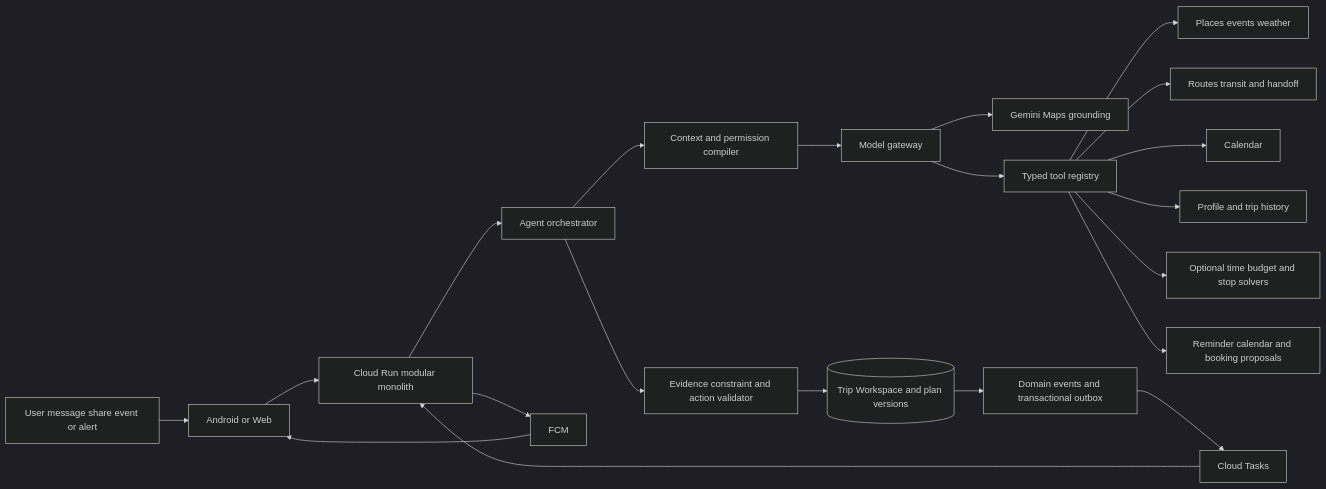
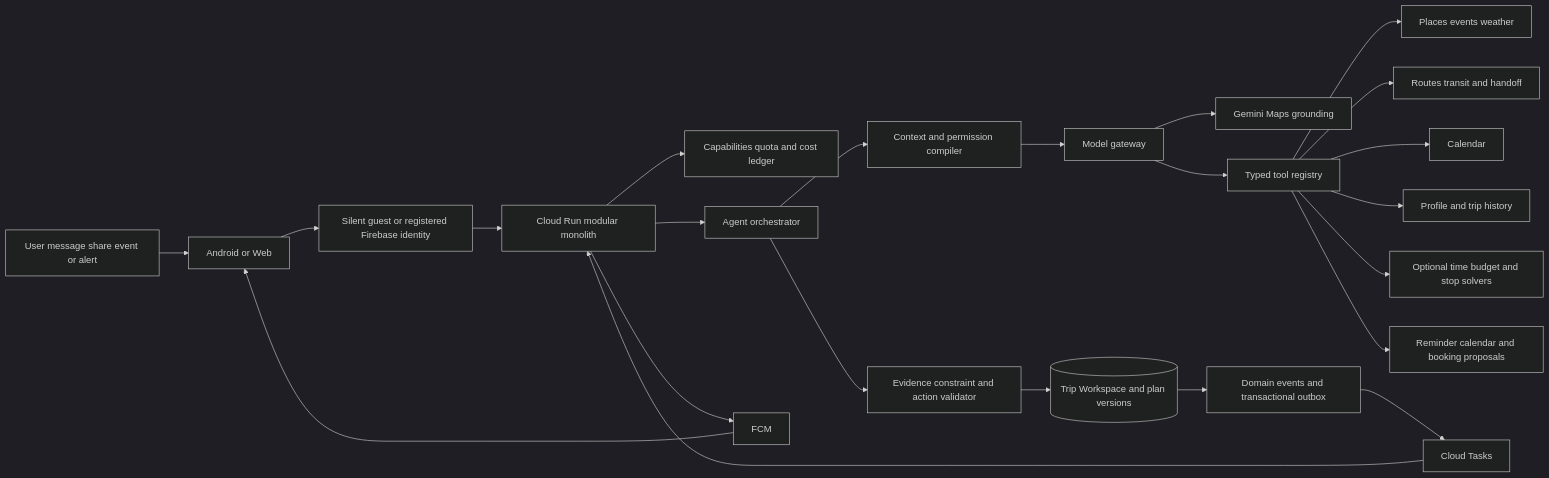
One commit to UM-NLP/whenshouldgo changed the diagram in docs/trip-assistant-architecture.md. Above: the diagram before and after it, drawn with Mermaid (dark theme). The commit also changed other lines of this file and 9 other files, not shown here.

````diff
--- a/docs/trip-assistant-architecture.md
+++ b/docs/trip-assistant-architecture.md
@@ -5,23 +5,25 @@
 ```mermaid
 flowchart LR
   User[User message share event or alert] --> Client[Android or Web]
-  Client --> API[Cloud Run modular monolith]
+  Client --> Auth[Silent guest or registered Firebase identity]
+  Auth --> API[Cloud Run modular monolith]
+  API --> Entitlement[Capabilities quota and cost ledger]
   API --> Orchestrator[Agent orchestrator]
   Orchestrator --> Context[Context and permission compiler]
   Context --> Model[Model gateway]
   Model --> MapsGrounding[Gemini Maps grounding]
   Model --> Tools[Typed tool registry]
   Tools --> Discovery[Places events weather]
   Tools --> Travel[Routes transit and handoff]
   Tools --> Calendar[Calendar]
   Tools --> Memory[Profile and trip history]
   Tools --> Solvers[Optional time budget and stop solvers]
   Tools --> Actions[Reminder calendar and booking proposals]
   Orchestrator --> Validator[Evidence constraint and action validator]
   Validator --> Workspace[(Trip Workspace and plan versions)]
   Workspace --> Events[Domain events and transactional outbox]
   Events --> Tasks[Cloud Tasks]
   Tasks --> API
   API --> FCM[FCM]
   FCM --> Client
 ```
````
